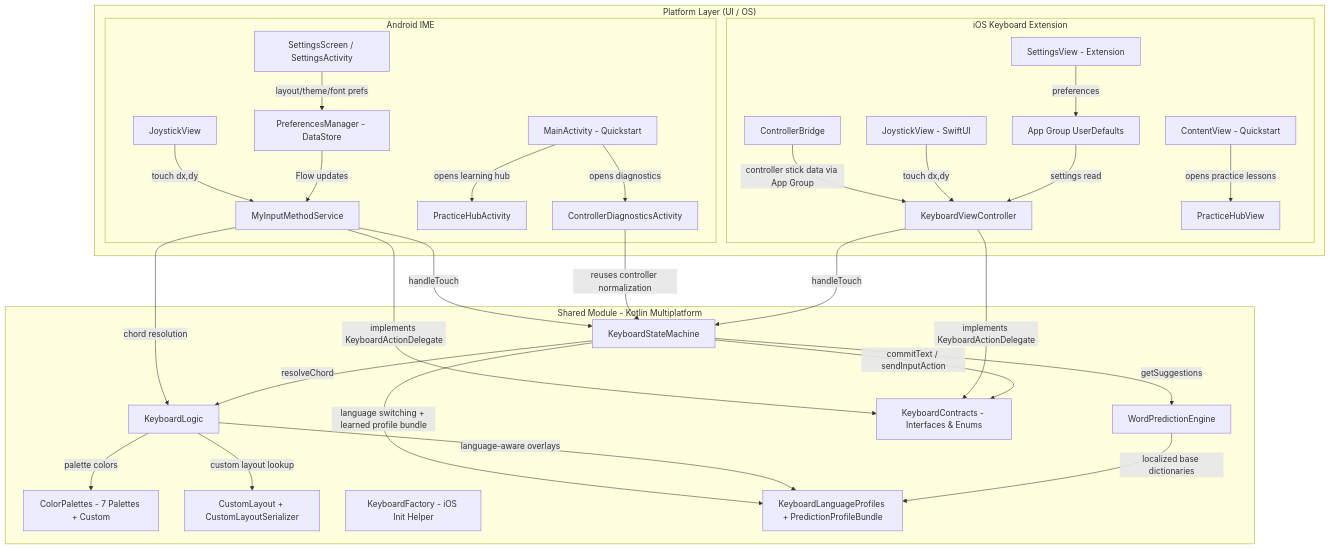
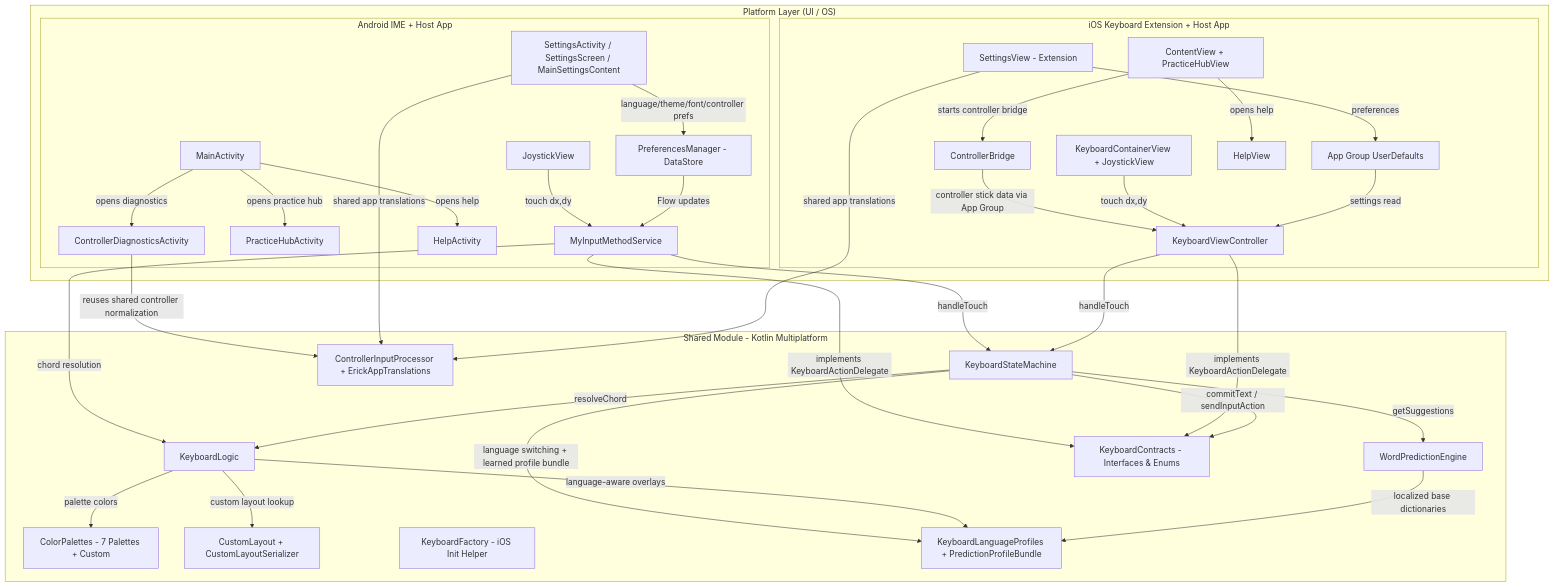
Before and after one commit to vatsalunadkat/ERICKeyboard: the first of 8 diagrams in APP_CONTEXT.md, drawn with Mermaid. The commit also changed other lines of this file and 3 other files, not shown here.

First line of the commit message:
Update app context and architecture diagrams

````diff
--- a/APP_CONTEXT.md
+++ b/APP_CONTEXT.md
@@ -73,61 +73,67 @@
 ```mermaid
 graph TB
     subgraph Platform["Platform Layer (UI / OS)"]
-        subgraph Android["Android IME"]
+        subgraph Android["Android IME + Host App"]
             A1[MyInputMethodService]
             A2[JoystickView]
-            A3[SettingsScreen / SettingsActivity]
-            A4[MainActivity - Quickstart]
+            A3[SettingsActivity / SettingsScreen / MainSettingsContent]
+            A4[MainActivity]
             A5[PreferencesManager - DataStore]
             A6[PracticeHubActivity]
             A7[ControllerDiagnosticsActivity]
+            A8[HelpActivity]
         end
-        subgraph iOS["iOS Keyboard Extension"]
+        subgraph iOS["iOS Keyboard Extension + Host App"]
             I1[KeyboardViewController]
-            I2[JoystickView - SwiftUI]
+            I2[KeyboardContainerView + JoystickView]
             I3[SettingsView - Extension]
-            I4[ContentView - Quickstart]
+            I4[ContentView + PracticeHubView]
             I5[App Group UserDefaults]
             I6[ControllerBridge]
-            I7[PracticeHubView]
+            I7[HelpView]
         end
     end
 
     subgraph Shared["Shared Module - Kotlin Multiplatform"]
         S1[KeyboardStateMachine]
         S2[KeyboardLogic]
         S3[WordPredictionEngine]
         S4[KeyboardContracts - Interfaces & Enums]
         S5[ColorPalettes - 7 Palettes + Custom]
         S6[CustomLayout + CustomLayoutSerializer]
         S7[KeyboardFactory - iOS Init Helper]
         S8[KeyboardLanguageProfiles + PredictionProfileBundle]
+        S9[ControllerInputProcessor + ErickAppTranslations]
     end
 
     A1 -->|implements KeyboardActionDelegate| S4
     A1 -->|handleTouch| S1
     A1 -->|chord resolution| S2
     A2 -->|touch dx,dy| A1
-    A3 -->|layout/theme/font prefs| A5
+    A3 -->|language/theme/font/controller prefs| A5
     A5 -->|Flow updates| A1
-    A4 -->|opens learning hub| A6
+    A4 -->|opens practice hub| A6
     A4 -->|opens diagnostics| A7
-    A7 -->|reuses controller normalization| S1
+    A4 -->|opens help| A8
+    A7 -->|reuses shared controller normalization| S9
 
     I1 -->|implements KeyboardActionDelegate| S4
     I1 -->|handleTouch| S1
     I6 -->|controller stick data via App Group| I1
     I2 -->|touch dx,dy| I1
     I3 -->|preferences| I5
     I5 -->|settings read| I1
-    I4 -->|opens practice lessons| I7
+    I4 -->|starts controller bridge| I6
+    I4 -->|opens help| I7
 
     S1 -->|resolveChord| S2
     S1 -->|getSuggestions| S3
     S1 -->|commitText / sendInputAction| S4
     S1 -->|language switching + learned profile bundle| S8
     S2 -->|custom layout lookup| S6
     S2 -->|language-aware overlays| S8
     S2 -->|palette colors| S5
     S3 -->|localized base dictionaries| S8
+    A3 -->|shared app translations| S9
+    I3 -->|shared app translations| S9
 ```
````
